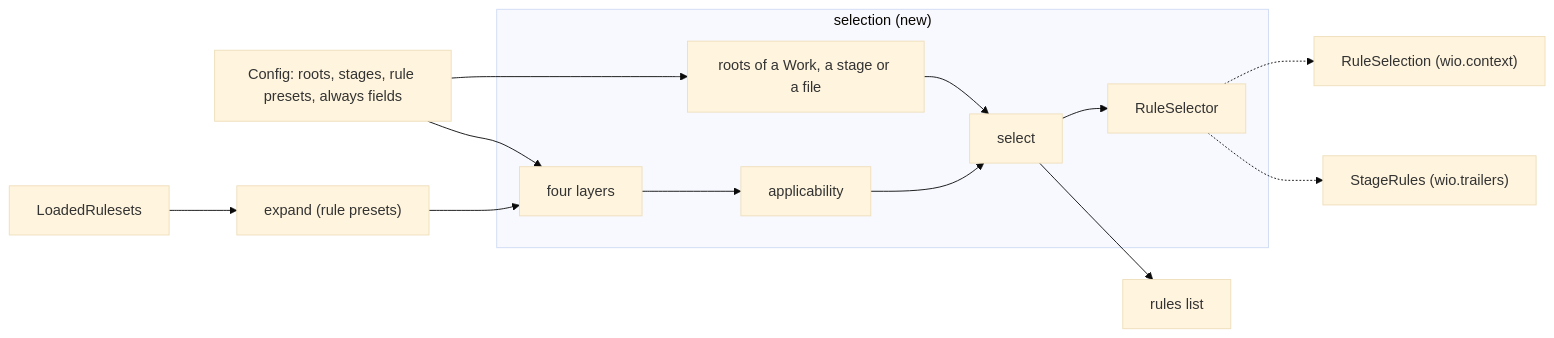
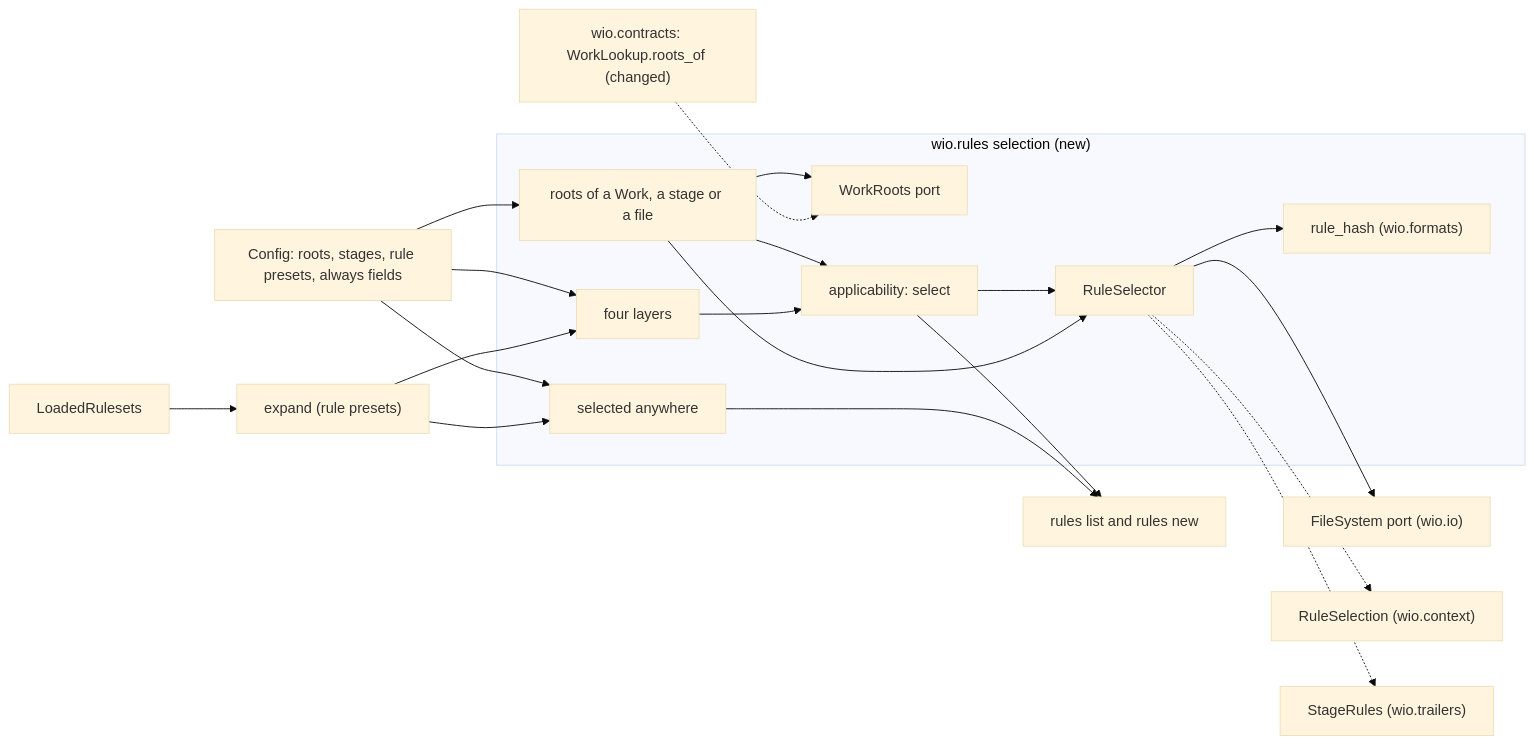
The second of 2 diagrams in .agents/wio/works/wio-rules/selection/README.md (msitarz/wio), drawn with Mermaid (base theme) before and after one commit. The commit also changed other lines of this file and 6 other files, not shown here.

First line of the commit message:
docs(rules): record the effects of the layers and settle the selection after the second group review

````diff
--- a/.agents/wio/works/wio-rules/selection/README.md
+++ b/.agents/wio/works/wio-rules/selection/README.md
@@ -123,27 +114,38 @@
 ```mermaid
 flowchart LR
     cfg["Config: roots, stages, rule presets, always fields"]
     rules["LoadedRulesets"]
-    subgraph sel["selection (new)"]
+    contracts["wio.contracts: WorkLookup.roots_of (changed)"]
+    files["FileSystem port (wio.io)"]
+    subgraph sel["wio.rules selection (new)"]
         roots["roots of a Work, a stage or a file"]
+        rootsport["WorkRoots port"]
         layers["four layers"]
-        applic["applicability"]
-        select["select"]
+        applic["applicability: select"]
+        anywhere["selected anywhere"]
         selector["RuleSelector"]
+        hash["rule_hash (wio.formats)"]
     end
     expand["expand (rule presets)"]
     ctxport["RuleSelection (wio.context)"]
     stageport["StageRules (wio.trailers)"]
-    listing["rules list"]
+    listing["rules list and rules new"]
+    cfg --> layers
     cfg --> roots
-    cfg --> layers
+    cfg --> anywhere
     rules --> expand
     expand --> layers
-    roots --> select
+    expand --> anywhere
+    roots --> rootsport
+    contracts -.-> rootsport
+    roots --> applic
     layers --> applic
-    applic --> select
-    select --> listing
-    select --> selector
+    applic --> listing
+    anywhere --> listing
+    applic --> selector
+    roots --> selector
+    selector --> hash
+    selector --> files
     selector -.-> ctxport
     selector -.-> stageport
 ```
````
